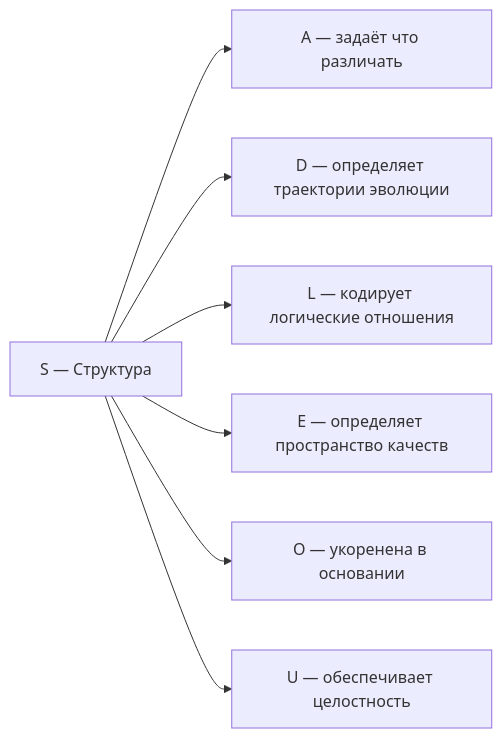
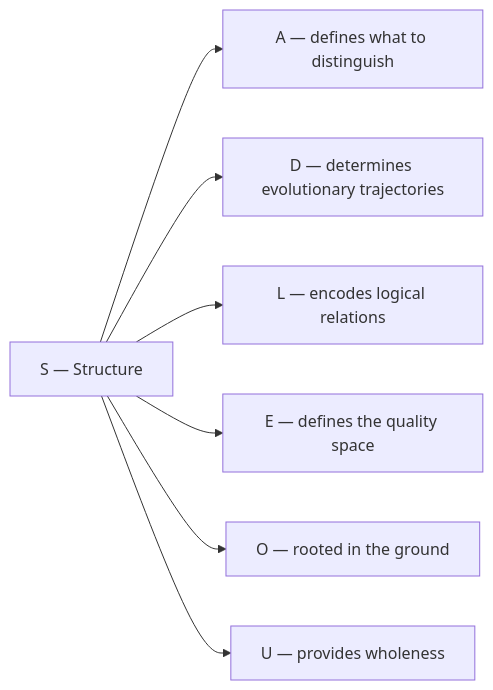
One commit to gst-st/uhm changed the first of 2 diagrams in website/docs/core/structure/dimension-s.md. Above: the diagram before and after it, drawn with Mermaid. The commit also changed other lines of this file and 25 other files, not shown here.

````diff
--- a/website/docs/core/structure/dimension-s.md
+++ b/website/docs/core/structure/dimension-s.md
@@ -289,9 +289,9 @@
 ```mermaid
 graph LR
-    S["S — Структура"] --> A["A — задаёт что различать"]
-    S --> D["D — определяет траектории эволюции"]
-    S --> L["L — кодирует логические отношения"]
-    S --> E["E — определяет пространство качеств"]
-    S --> O["O — укоренена в основании"]
-    S --> U["U — обеспечивает целостность"]
+    S["S — Structure"] --> A["A — defines what to distinguish"]
+    S --> D["D — determines evolutionary trajectories"]
+    S --> L["L — encodes logical relations"]
+    S --> E["E — defines the quality space"]
+    S --> O["O — rooted in the ground"]
+    S --> U["U — provides wholeness"]
 ```
````
